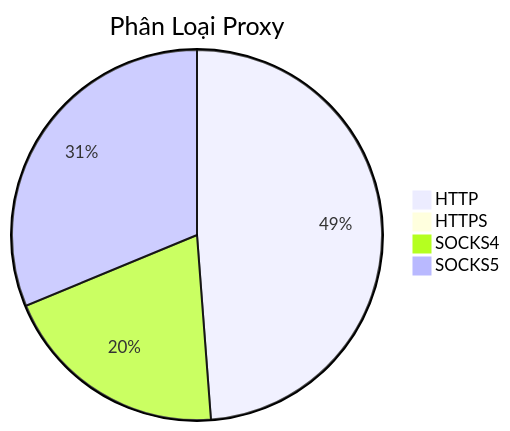
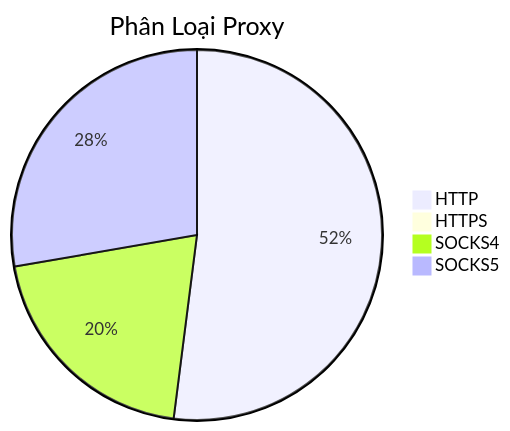
The diagram in README.md (Ciara-12/PROXY-free), drawn with Mermaid before and after one commit. The commit also changed other lines of this file and 3 other files, not shown here.

````diff
--- a/README.md
+++ b/README.md
@@ -26,7 +26,7 @@
 ```mermaid
 pie title Phân Loại Proxy
-    "HTTP" : 467
+    "HTTP" : 529
     "HTTPS" : 0
-    "SOCKS4" : 191
-    "SOCKS5" : 299
+    "SOCKS4" : 206
+    "SOCKS5" : 282
 ```
````
